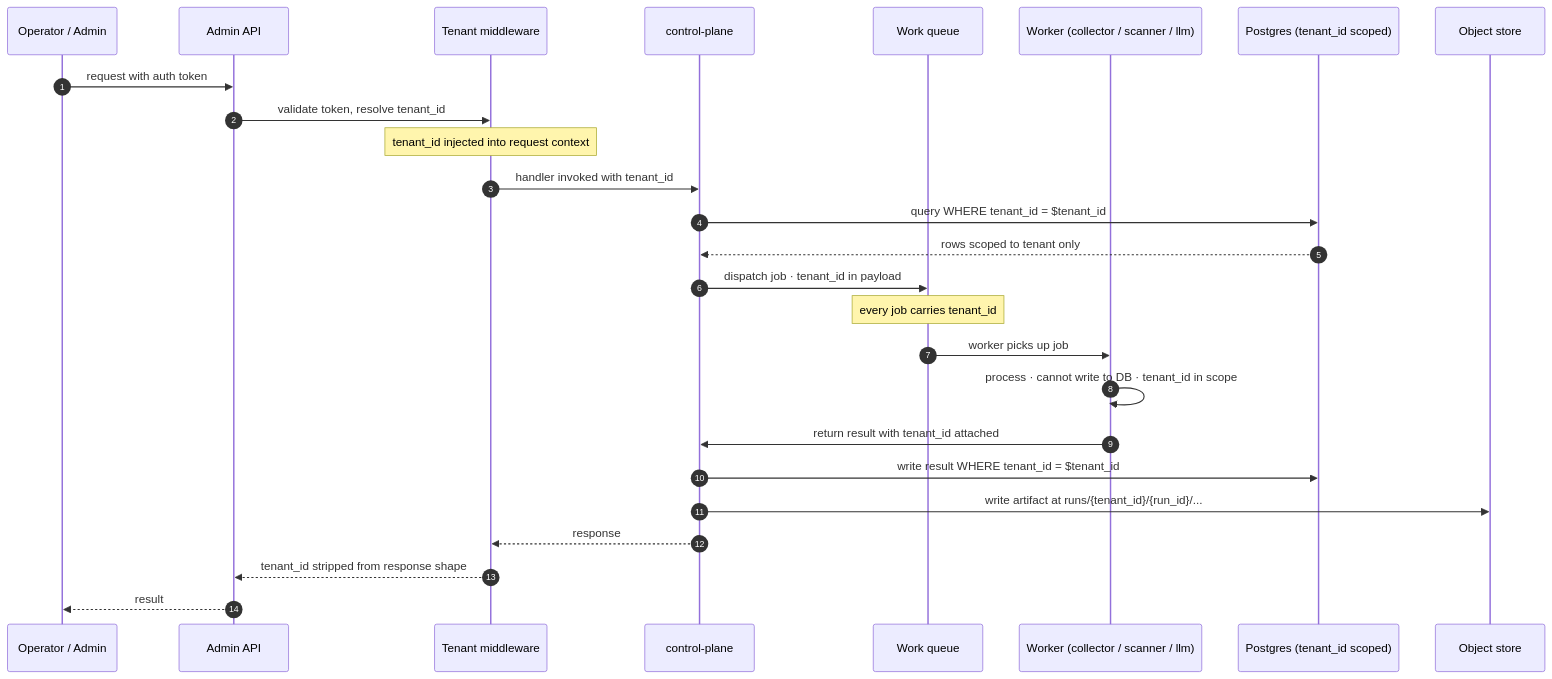
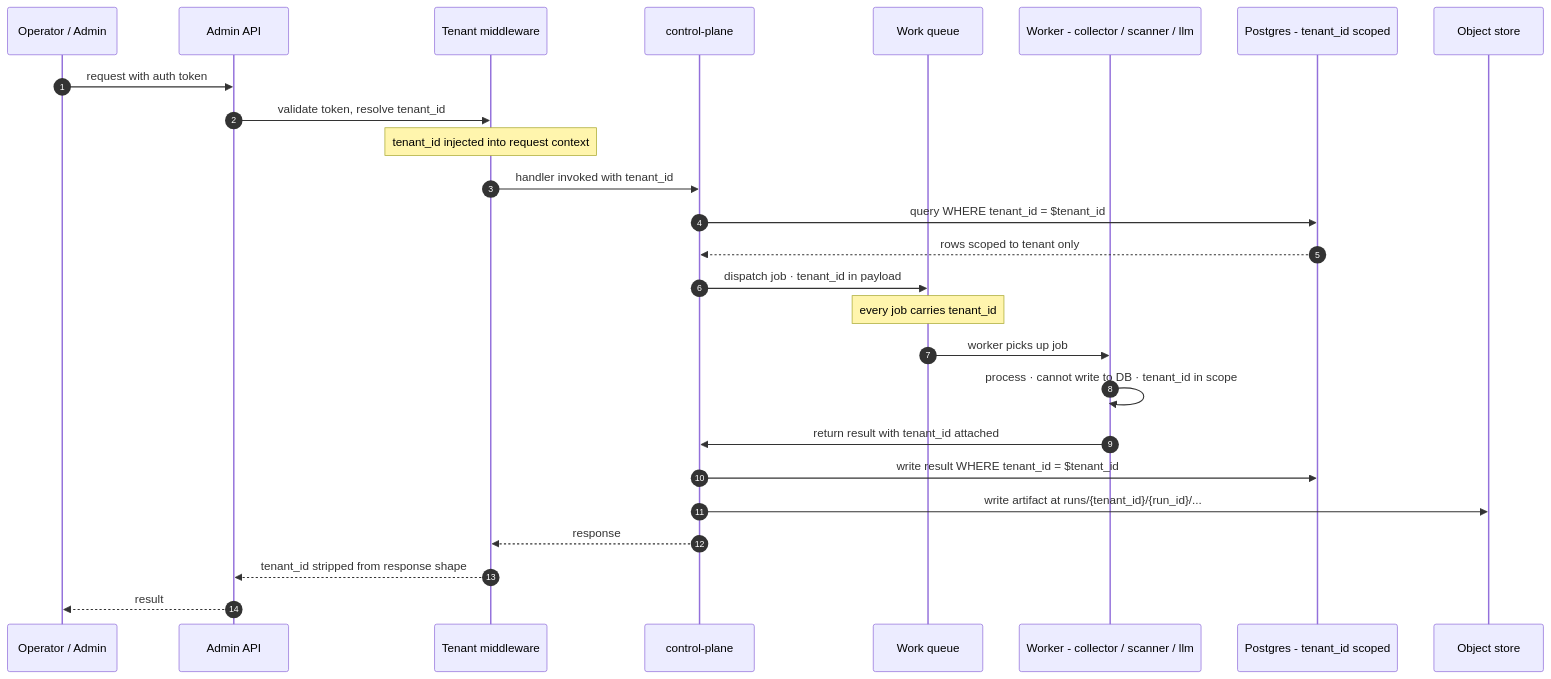
The first of 2 diagrams in docs/architecture/40-multi-tenancy.md (pitt-street-labs/expose), drawn with Mermaid before and after one commit. The commit also changed 6 other files, not shown here.

First line of the commit message:
Session C completes (Identity Surface) + Architecture diagrams 7-10 + revisions

````diff
--- a/docs/architecture/40-multi-tenancy.md
+++ b/docs/architecture/40-multi-tenancy.md
@@ -9,29 +9,29 @@
 ```mermaid
 sequenceDiagram
   autonumber
   participant Op as Operator / Admin
   participant API as Admin API
   participant MW as Tenant middleware
   participant CP as control-plane
   participant Q as Work queue
-  participant W as Worker (collector / scanner / llm)
-  participant DB as Postgres (tenant_id scoped)
+  participant W as Worker - collector / scanner / llm
+  participant DB as Postgres - tenant_id scoped
   participant OS as Object store
 
   Op->>API: request with auth token
   API->>MW: validate token, resolve tenant_id
   Note over MW: tenant_id injected into request context
   MW->>CP: handler invoked with tenant_id
   CP->>DB: query WHERE tenant_id = $tenant_id
   DB-->>CP: rows scoped to tenant only
   CP->>Q: dispatch job · tenant_id in payload
   Note over Q: every job carries tenant_id
   Q->>W: worker picks up job
   W->>W: process · cannot write to DB · tenant_id in scope
   W->>CP: return result with tenant_id attached
   CP->>DB: write result WHERE tenant_id = $tenant_id
   CP->>OS: write artifact at runs/{tenant_id}/{run_id}/...
   CP-->>MW: response
   MW-->>API: tenant_id stripped from response shape
   API-->>Op: result
 ```
````
